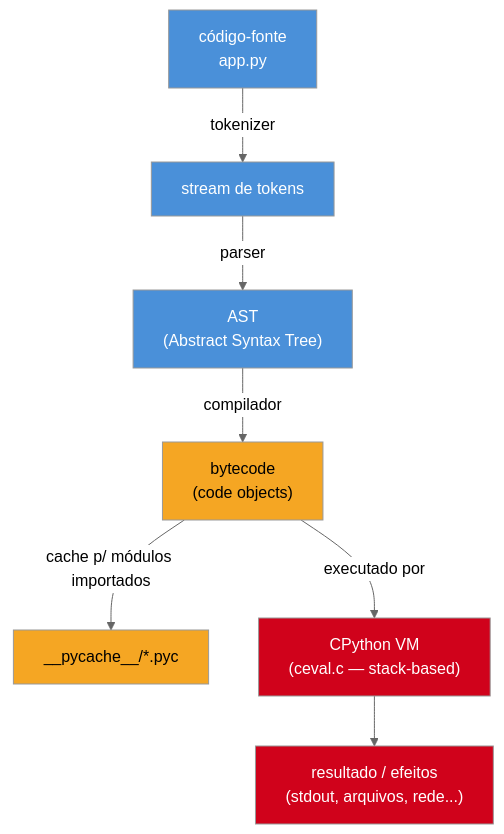
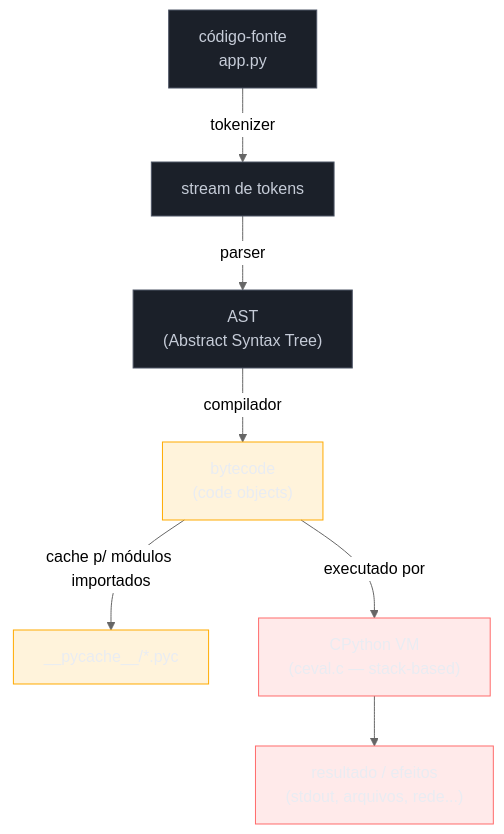
Before and after one commit to josenaldo/codex-technomanticus: the diagram in 03-Dominios/Tecnologia/Python/Core/01 - O que é Python e como ele executa.md, drawn with Mermaid (neutral theme). The commit also changed 1181 other files, not shown here.

First line of the commit message:
fix(diagramas): paleta do sistema no lugar de cor cravada no markdown

````diff
--- a/03-Dominios/Tecnologia/Python/Core/01 - O que é Python e como ele executa.md
+++ b/03-Dominios/Tecnologia/Python/Core/01 - O que é Python e como ele executa.md
@@ -65,17 +65,20 @@
 ```mermaid
 flowchart TD
+    classDef neutro fill:#1B2029,stroke:#4E5666,color:#C6CCD8
+    classDef destaque fill:#FFAA0024,stroke:#FFAA00,color:#E9ECF2
+    classDef falha fill:#FF6B6B24,stroke:#FF6B6B,color:#E9ECF2
     A["código-fonte<br/>app.py"] -->|"tokenizer"| B["stream de tokens"]
     B -->|"parser"| C["AST<br/>(Abstract Syntax Tree)"]
     C -->|"compilador"| D["bytecode<br/>(code objects)"]
     D -->|"cache p/ módulos importados"| E["__pycache__/*.pyc"]
     D -->|"executado por"| F["CPython VM<br/>(ceval.c — stack-based)"]
     F --> G["resultado / efeitos<br/>(stdout, arquivos, rede...)"]
 
-    style A fill:#4A90D9,color:#fff
-    style B fill:#4A90D9,color:#fff
-    style C fill:#4A90D9,color:#fff
-    style D fill:#F5A623,color:#000
-    style E fill:#F5A623,color:#000
-    style F fill:#D0021B,color:#fff
-    style G fill:#D0021B,color:#fff
+    class A neutro
+    class B neutro
+    class C neutro
+    class D destaque
+    class E destaque
+    class F falha
+    class G falha
 ```
````
